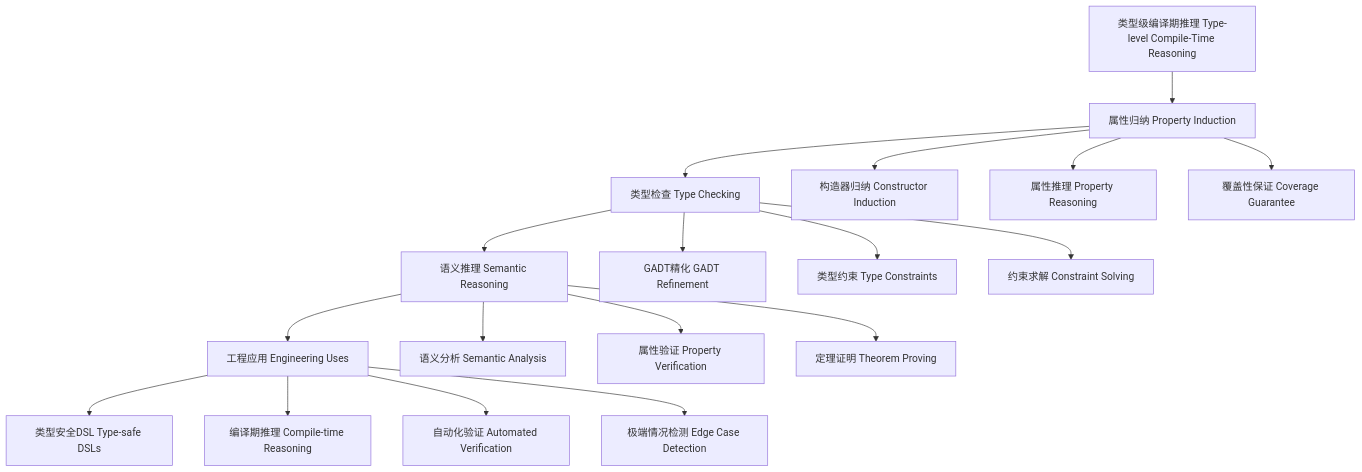
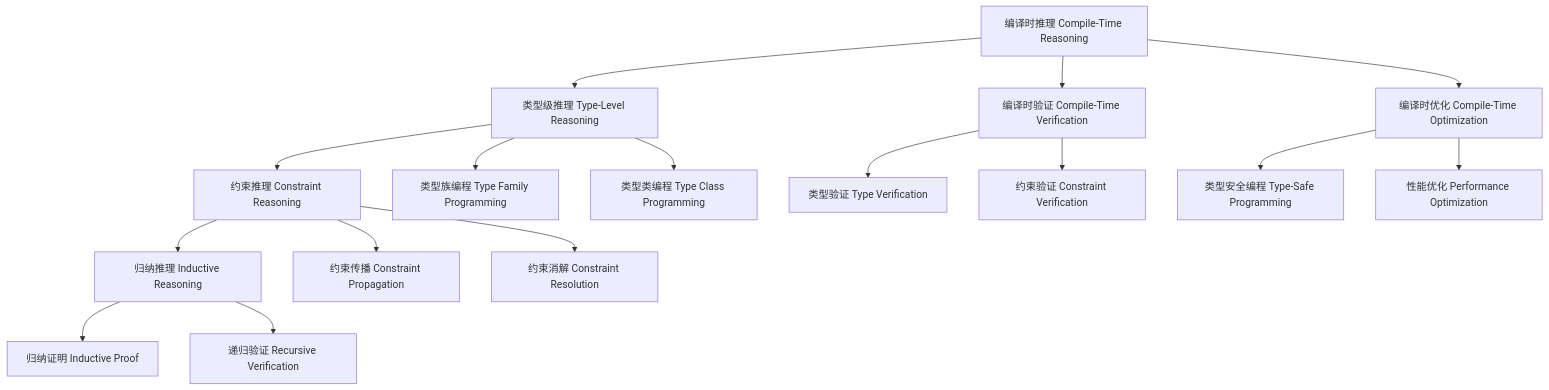
Before and after one commit to AdaMartin18010/haskell: the diagram in docs/analysis/Type-Level/01-Compile-Time-Reasoning.md, drawn with Mermaid. The commit also changed other lines of this file and 27 other files, not shown here.

````diff
--- a/docs/analysis/Type-Level/01-Compile-Time-Reasoning.md
+++ b/docs/analysis/Type-Level/01-Compile-Time-Reasoning.md
@@ -451,24 +471,23 @@
 ```mermaid
 graph TD
-  A["类型级编译期推理 Type-level Compile-Time Reasoning"] --> B["属性归纳 Property Induction"]
-  B --> C["类型检查 Type Checking"]
-  C --> D["语义推理 Semantic Reasoning"]
-  D --> E["工程应用 Engineering Uses"]
+  A["编译时推理 Compile-Time Reasoning"] --> B["类型级推理 Type-Level Reasoning"]
+  B --> C["约束推理 Constraint Reasoning"]
+  C --> D["归纳推理 Inductive Reasoning"]
   
-  B --> B1["构造器归纳 Constructor Induction"]
-  B --> B2["属性推理 Property Reasoning"]
-  B --> B3["覆盖性保证 Coverage Guarantee"]
+  A --> E["编译时验证 Compile-Time Verification"]
+  E --> F["类型验证 Type Verification"]
+  E --> G["约束验证 Constraint Verification"]
   
-  C --> C1["GADT精化 GADT Refinement"]
-  C --> C2["类型约束 Type Constraints"]
-  C --> C3["约束求解 Constraint Solving"]
+  A --> H["编译时优化 Compile-Time Optimization"]
+  H --> I["类型安全编程 Type-Safe Programming"]
+  H --> J["性能优化 Performance Optimization"]
   
-  D --> D1["语义分析 Semantic Analysis"]
-  D --> D2["属性验证 Property Verification"]
-  D --> D3["定理证明 Theorem Proving"]
+  B --> K["类型族编程 Type Family Programming"]
+  B --> L["类型类编程 Type Class Programming"]
   
-  E --> E1["类型安全DSL Type-safe DSLs"]
-  E --> E2["编译期推理 Compile-time Reasoning"]
-  E --> E3["自动化验证 Automated Verification"]
-  E --> E4["极端情况检测 Edge Case Detection"]
+  C --> M["约束传播 Constraint Propagation"]
+  C --> N["约束消解 Constraint Resolution"]
+  
+  D --> O["归纳证明 Inductive Proof"]
+  D --> P["递归验证 Recursive Verification"]
 ```
````
